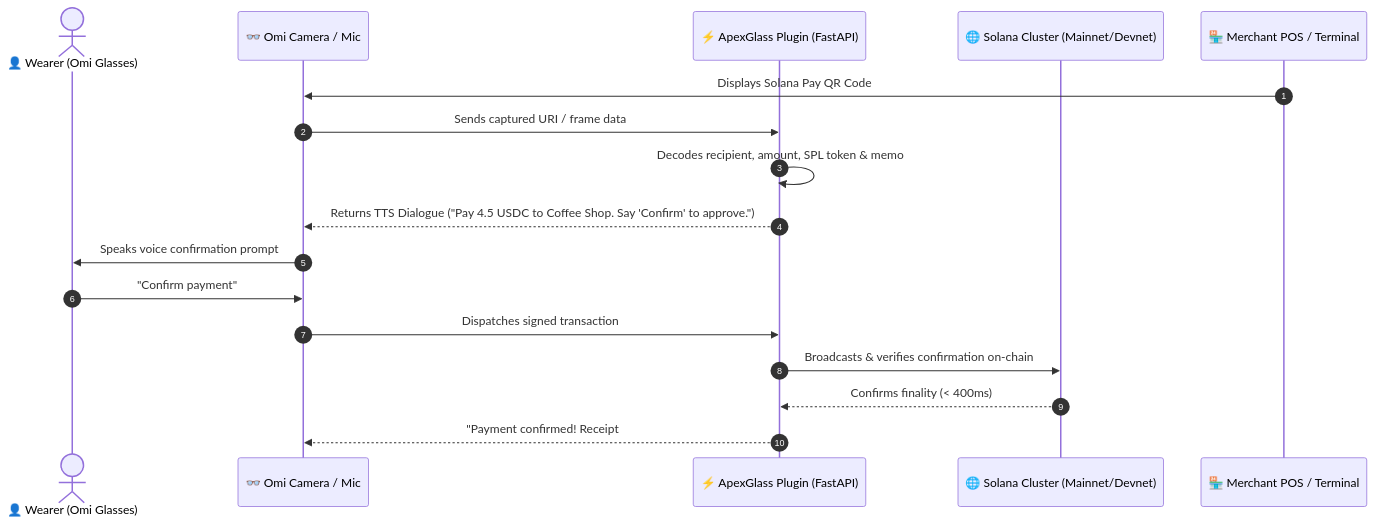
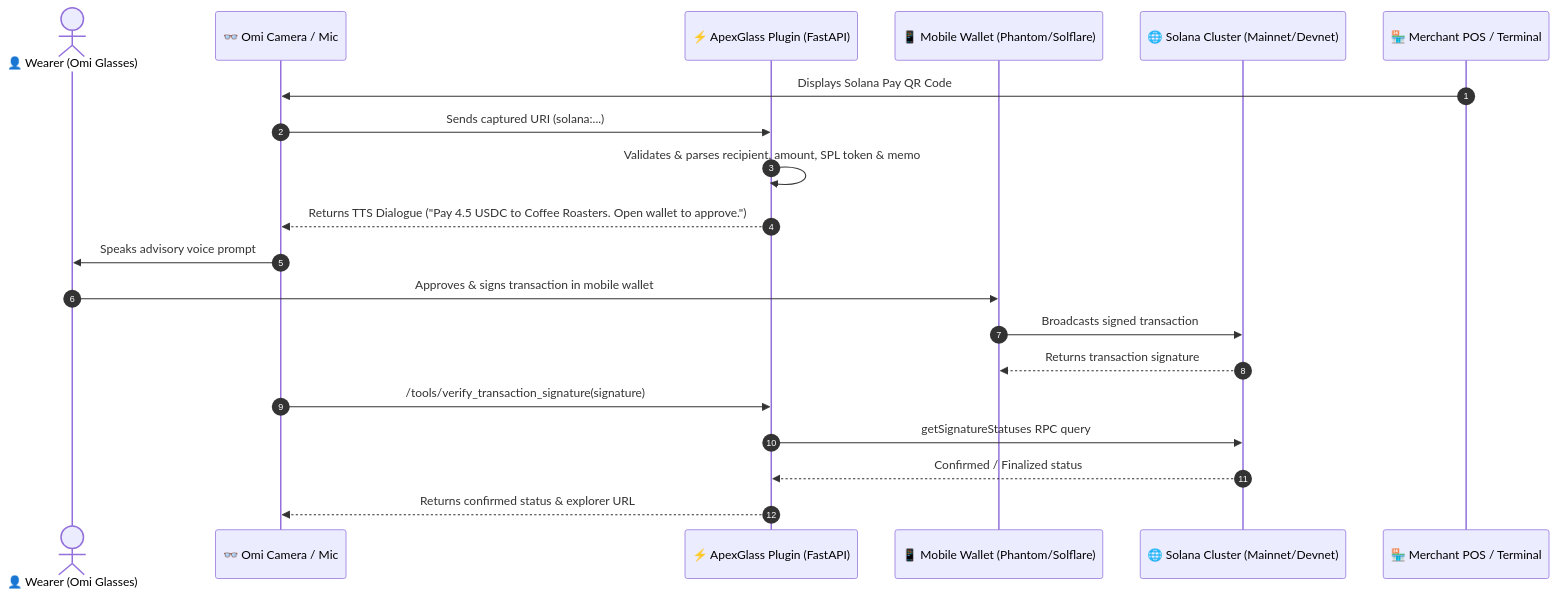
Before and after one commit to BasedHardware/omi: the diagram in plugins/omi-solana-pay-app/README.md, drawn with Mermaid. The commit also changed other lines of this file, not shown here.

Commit message:
docs(solana-pay): scope README & sequence diagram to read-only capabilities and drop static badges

````diff
--- a/plugins/omi-solana-pay-app/README.md
+++ b/plugins/omi-solana-pay-app/README.md
@@ -14,20 +13,23 @@
 ```mermaid
 sequenceDiagram
     autonumber
     actor User as 👤 Wearer (Omi Glasses)
     participant Glass as 👓 Omi Camera / Mic
     participant App as ⚡ ApexGlass Plugin (FastAPI)
+    participant Wallet as 📱 Mobile Wallet (Phantom/Solflare)
     participant RPC as 🌐 Solana Cluster (Mainnet/Devnet)
     participant Merch as 🏪 Merchant POS / Terminal
 
     Merch->>Glass: Displays Solana Pay QR Code
-    Glass->>App: Sends captured URI / frame data
-    App->>App: Decodes recipient, amount, SPL token & memo
-    App-->>Glass: Returns TTS Dialogue ("Pay 4.5 USDC to Coffee Shop. Say 'Confirm' to approve.")
-    Glass->>User: Speaks voice confirmation prompt
-    User->>Glass: "Confirm payment"
-    Glass->>App: Dispatches signed transaction
-    App->>RPC: Broadcasts & verifies confirmation on-chain
-    RPC-->>App: Confirms finality (< 400ms)
-    App-->>Glass: "Payment confirmed! Receipt #12 recorded."
+    Glass->>App: Sends captured URI (solana:...)
+    App->>App: Validates & parses recipient, amount, SPL token & memo
+    App-->>Glass: Returns TTS Dialogue ("Pay 4.5 USDC to Coffee Roasters. Open wallet to approve.")
+    Glass->>User: Speaks advisory voice prompt
+    User->>Wallet: Approves & signs transaction in mobile wallet
+    Wallet->>RPC: Broadcasts signed transaction
+    RPC-->>Wallet: Returns transaction signature
+    Glass->>App: /tools/verify_transaction_signature(signature)
+    App->>RPC: getSignatureStatuses RPC query
+    RPC-->>App: Confirmed / Finalized status
+    App-->>Glass: Returns confirmed status & explorer URL
 ```
````
